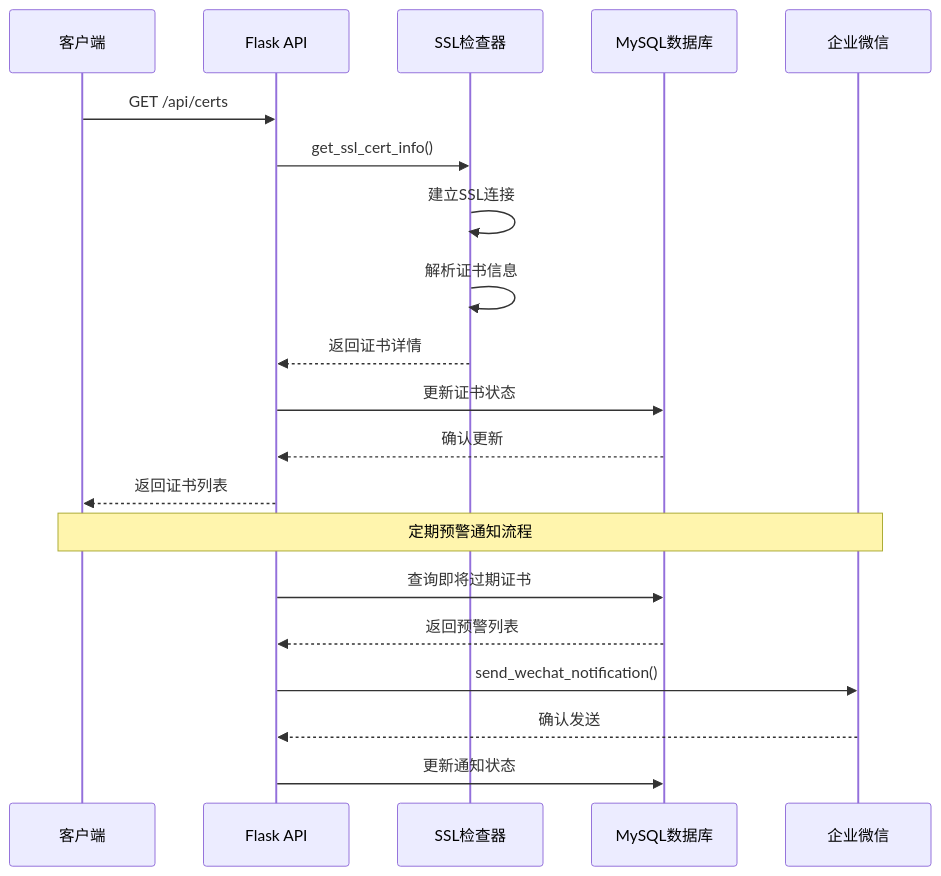
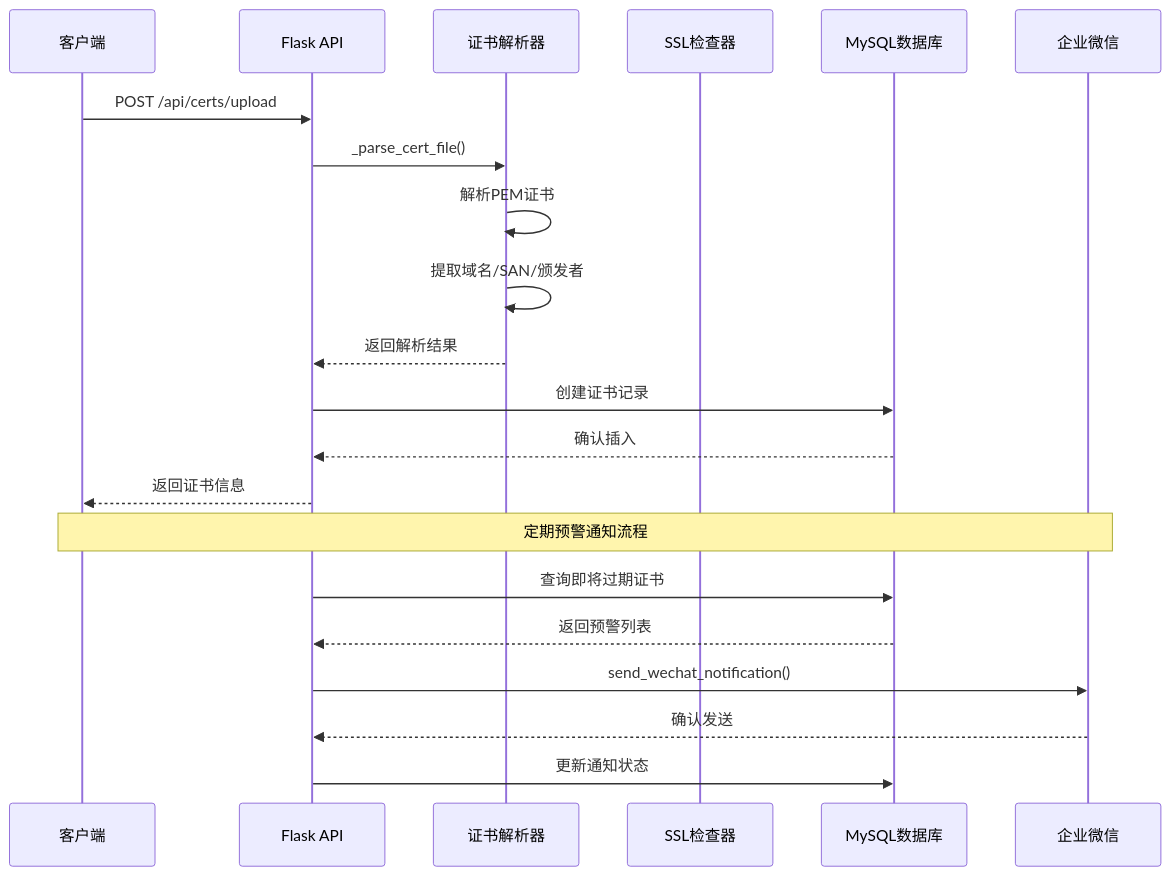
One commit to ismine3/OPS changed the third of 11 diagrams in .qoder/repowiki/zh/content/核心功能模块/SSL证书管理系统.md. Above: the diagram before and after it, drawn with Mermaid. The commit also changed other lines of this file and 17 other files, not shown here.

````diff
--- a/.qoder/repowiki/zh/content/核心功能模块/SSL证书管理系统.md
+++ b/.qoder/repowiki/zh/content/核心功能模块/SSL证书管理系统.md
@@ -180,22 +189,23 @@
 ```mermaid
 sequenceDiagram
 participant Client as 客户端
 participant API as Flask API
+participant Parser as 证书解析器
 participant Checker as SSL检查器
 participant DB as MySQL数据库
 participant WeChat as 企业微信
-Client->>API : GET /api/certs
-API->>Checker : get_ssl_cert_info()
-Checker->>Checker : 建立SSL连接
-Checker->>Checker : 解析证书信息
-Checker-->>API : 返回证书详情
-API->>DB : 更新证书状态
-DB-->>API : 确认更新
-API-->>Client : 返回证书列表
+Client->>API : POST /api/certs/upload
+API->>Parser : _parse_cert_file()
+Parser->>Parser : 解析PEM证书
+Parser->>Parser : 提取域名/SAN/颁发者
+Parser-->>API : 返回解析结果
+API->>DB : 创建证书记录
+DB-->>API : 确认插入
+API-->>Client : 返回证书信息
 Note over Client,WeChat : 定期预警通知流程
 API->>DB : 查询即将过期证书
 DB-->>API : 返回预警列表
 API->>WeChat : send_wechat_notification()
 WeChat-->>API : 确认发送
 API->>DB : 更新通知状态
 ```
````
